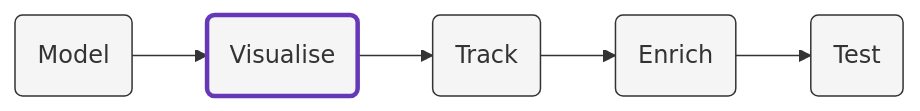
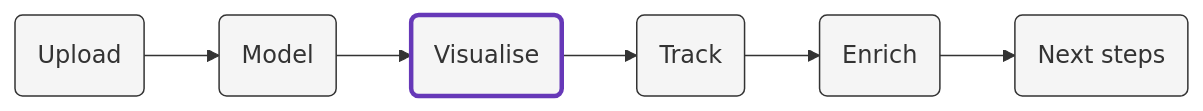
The diagram in content/visualisation/_index.md (snowplow/marketing-attribution-accelerator), drawn with Mermaid before and after one commit. The commit also changed other lines of this file and 19 other files, not shown here.

```diff
--- a/content/visualisation/_index.md
+++ b/content/visualisation/_index.md
@@ -13,9 +13,10 @@
 {{<mermaid>}}
 flowchart LR
-    id1(Model)-->id2(Visualise)-->id3(Track)-->id4(Enrich)-->id5(Test)
-    style id2 fill:#f5f5f5,stroke:#6638B8,stroke-width:3px
+    id1(Upload)-->id2(Model)-->id3(Visualise)-->id4(Track)-->id5(Enrich)-->id6(Next steps)
     style id1 fill:#f5f5f5,stroke:#333,stroke-width:1px
+    style id2 fill:#f5f5f5,stroke:#333,stroke-width:1px
+    style id3 fill:#f5f5f5,stroke:#6638B8,stroke-width:3px
     style id4 fill:#f5f5f5,stroke:#333,stroke-width:1px
-    style id3 fill:#f5f5f5,stroke:#333,stroke-width:1px
     style id5 fill:#f5f5f5,stroke:#333,stroke-width:1px
+    style id6 fill:#f5f5f5,stroke:#333,stroke-width:1px
 {{</mermaid >}}
```
